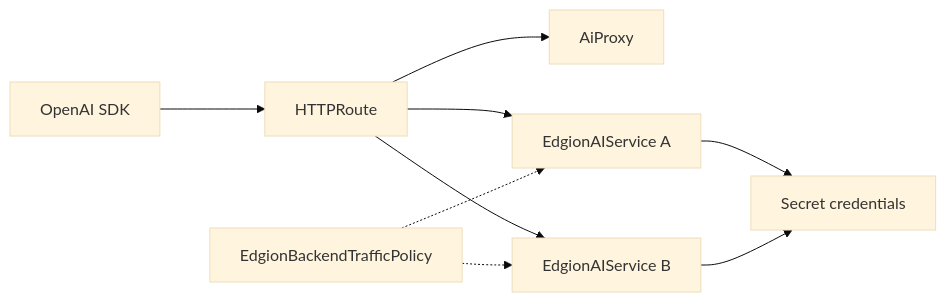
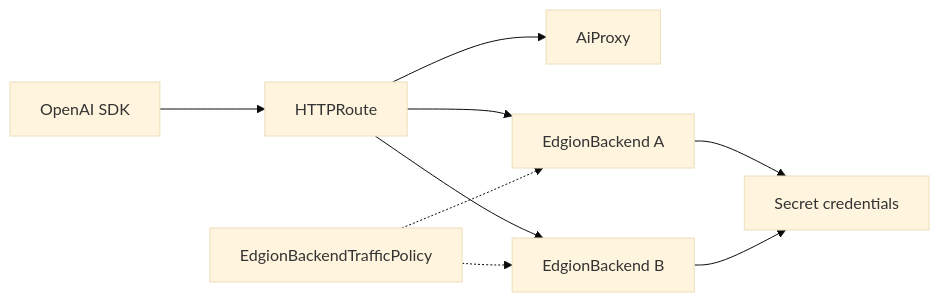
The diagram in docs/en/ai-gateway/concepts.md (Pandaala/Edgion), drawn with Mermaid (base theme) before and after one commit. The commit also changed other lines of this file and 210 other files, not shown here.

Commit message:
refactor for edgion backend

````diff
--- a/docs/en/ai-gateway/concepts.md
+++ b/docs/en/ai-gateway/concepts.md
@@ -18,11 +18,11 @@
 ```mermaid
 flowchart LR
   Client["OpenAI SDK"] --> Route["HTTPRoute"]
   Route --> AiProxy["AiProxy"]
-  Route --> S1["EdgionAIService A"]
-  Route --> S2["EdgionAIService B"]
+  Route --> S1["EdgionBackend A"]
+  Route --> S2["EdgionBackend B"]
   S1 --> Cred["Secret credentials"]
   S2 --> Cred
   EBTP["EdgionBackendTrafficPolicy"] -.-> S1
   EBTP -.-> S2
 ```
````
